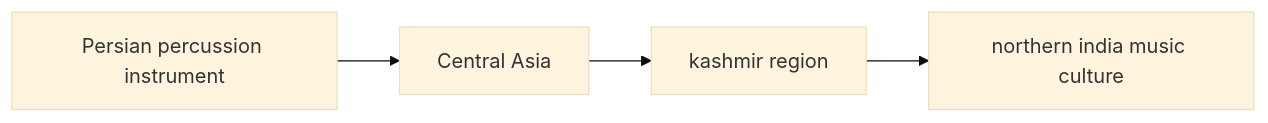
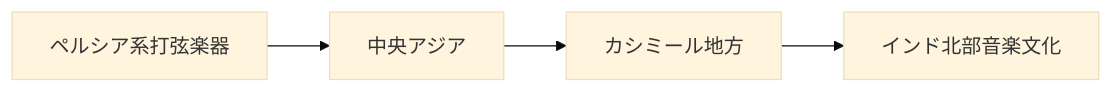
Before and after one commit to monumental-movement/monumental-movement.github.io: the first of 2 diagrams in en/_posts/2026-02-06-column-indian-classical-santoor.md, drawn with Mermaid (base theme). The commit also changed other lines of this file and 2196 other files, not shown here.

```diff
--- a/en/_posts/2026-02-06-column-indian-classical-santoor.md
+++ b/en/_posts/2026-02-06-column-indian-classical-santoor.md
@@ -51,6 +50,6 @@
 <div class="mermaid">
 flowchart LR
-A[Persian percussion instrument] --> B[Central Asia]
-B --> C[kashmir region]
-C --> D[northern india music culture]
+A[ペルシア系打弦楽器] --> B[中央アジア]
+B --> C[カシミール地方]
+C --> D[インド北部音楽文化]
 </div>
```
